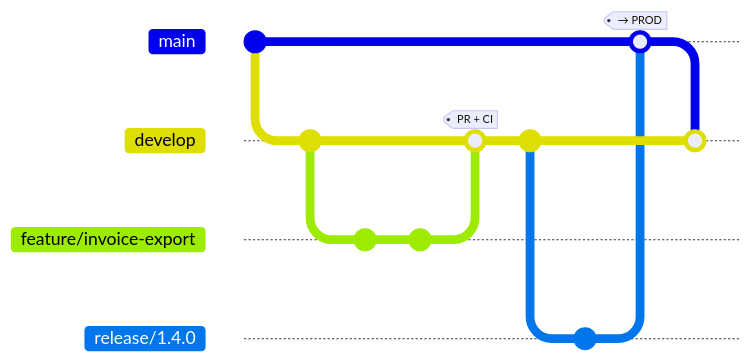
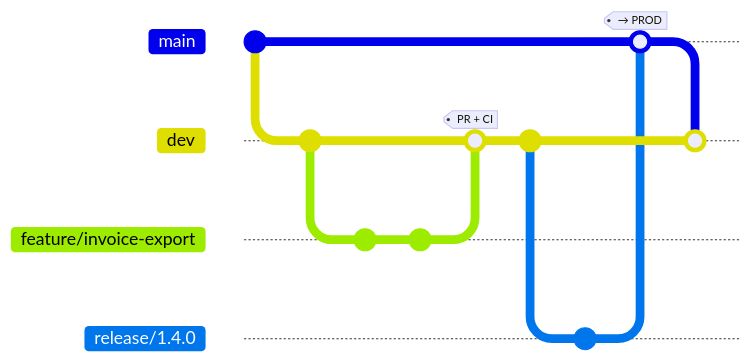
The fourth of 4 diagrams in README.md (rthway/odoo-platform), drawn with Mermaid before and after one commit. The commit also changed other lines of this file and 11 other files, not shown here. Commit ids are hidden.

First line of the commit message:
feat: one branch per environment, dev -> qa -> main

````diff
--- a/README.md
+++ b/README.md
@@ -220,18 +220,18 @@
 ```mermaid
 gitGraph
     commit id: "main"
-    branch develop
+    branch dev
     commit
     branch feature/invoice-export
     commit
     commit
-    checkout develop
+    checkout dev
     merge feature/invoice-export tag: "PR + CI"
     commit id: "→ DEV"
     branch release/1.4.0
     commit id: "→ QA"
     checkout main
     merge release/1.4.0 tag: "→ PROD"
-    checkout develop
+    checkout dev
     merge main
 ```
````
